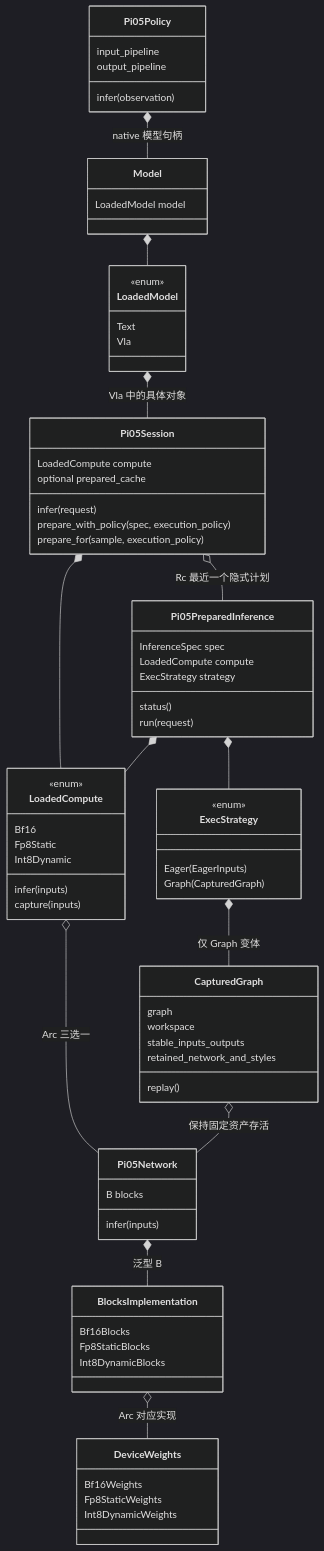
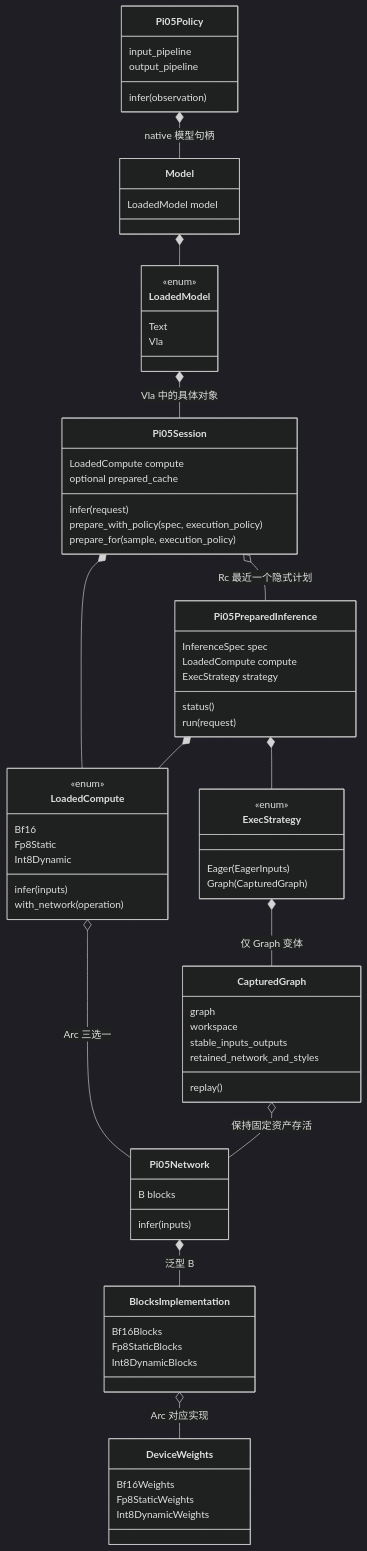
The third of 5 diagrams in doc/model-lifecycle/architecture.md (infinigence/ApxInf), drawn with Mermaid (dark theme) before and after one commit. The commit also changed other lines of this file and 4 other files, not shown here.

````diff
--- a/doc/model-lifecycle/architecture.md
+++ b/doc/model-lifecycle/architecture.md
@@ -273,77 +274,77 @@
 ```mermaid
 classDiagram
     direction TB
     class Pi05Policy {
         input_pipeline
         output_pipeline
         infer(observation)
     }
     class Model {
         LoadedModel model
     }
     class LoadedModel {
         <<enum>>
         Text
         Vla
     }
     class Pi05Session {
         LoadedCompute compute
         optional prepared_cache
         infer(request)
         prepare_with_policy(spec, execution_policy)
         prepare_for(sample, execution_policy)
     }
     class Pi05PreparedInference {
         InferenceSpec spec
         LoadedCompute compute
         ExecStrategy strategy
         status()
         run(request)
     }
     class LoadedCompute {
         <<enum>>
         Bf16
         Fp8Static
         Int8Dynamic
         infer(inputs)
-        capture(inputs)
+        with_network(operation)
     }
     class Pi05Network {
         B blocks
         infer(inputs)
     }
     class BlocksImplementation {
         Bf16Blocks
         Fp8StaticBlocks
         Int8DynamicBlocks
     }
     class DeviceWeights {
         Bf16Weights
         Fp8StaticWeights
         Int8DynamicWeights
     }
     class ExecStrategy {
         <<enum>>
         Eager(EagerInputs)
         Graph(CapturedGraph)
     }
     class CapturedGraph {
         graph
         workspace
         stable_inputs_outputs
         retained_network_and_styles
         replay()
     }
     Pi05Policy *-- Model : native 模型句柄
     Model *-- LoadedModel
     LoadedModel *-- Pi05Session : Vla 中的具体对象
     Pi05Session *-- LoadedCompute
     Pi05Session o-- Pi05PreparedInference : Rc 最近一个隐式计划
     Pi05PreparedInference *-- LoadedCompute
     Pi05PreparedInference *-- ExecStrategy
     LoadedCompute o-- Pi05Network : Arc 三选一
     Pi05Network *-- BlocksImplementation : 泛型 B
     BlocksImplementation o-- DeviceWeights : Arc 对应实现
     ExecStrategy *-- CapturedGraph : 仅 Graph 变体
     CapturedGraph o-- Pi05Network : 保持固定资产存活
 ```
````
